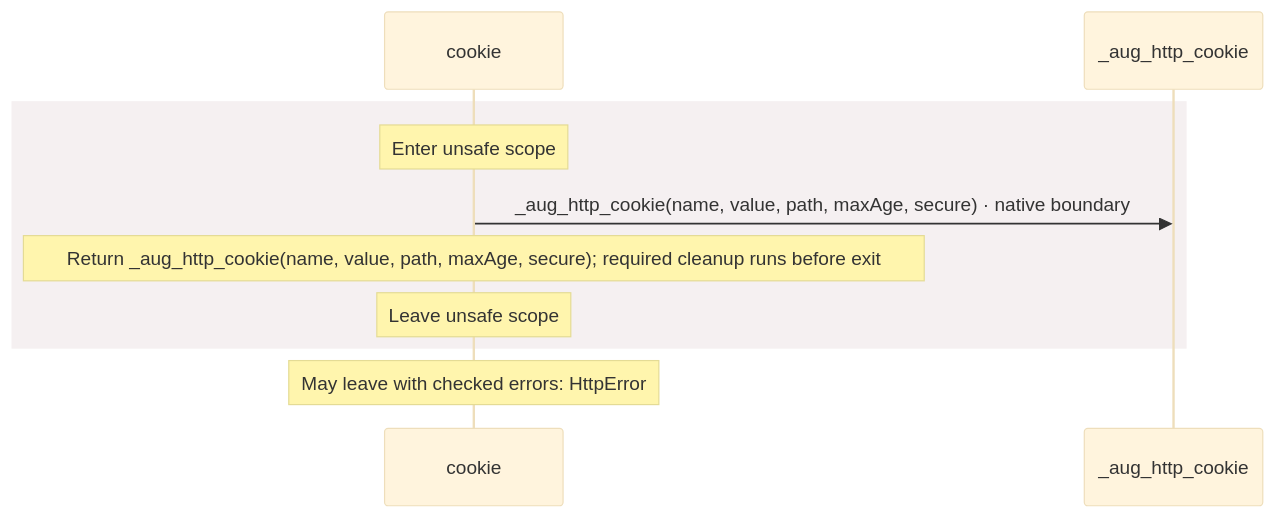
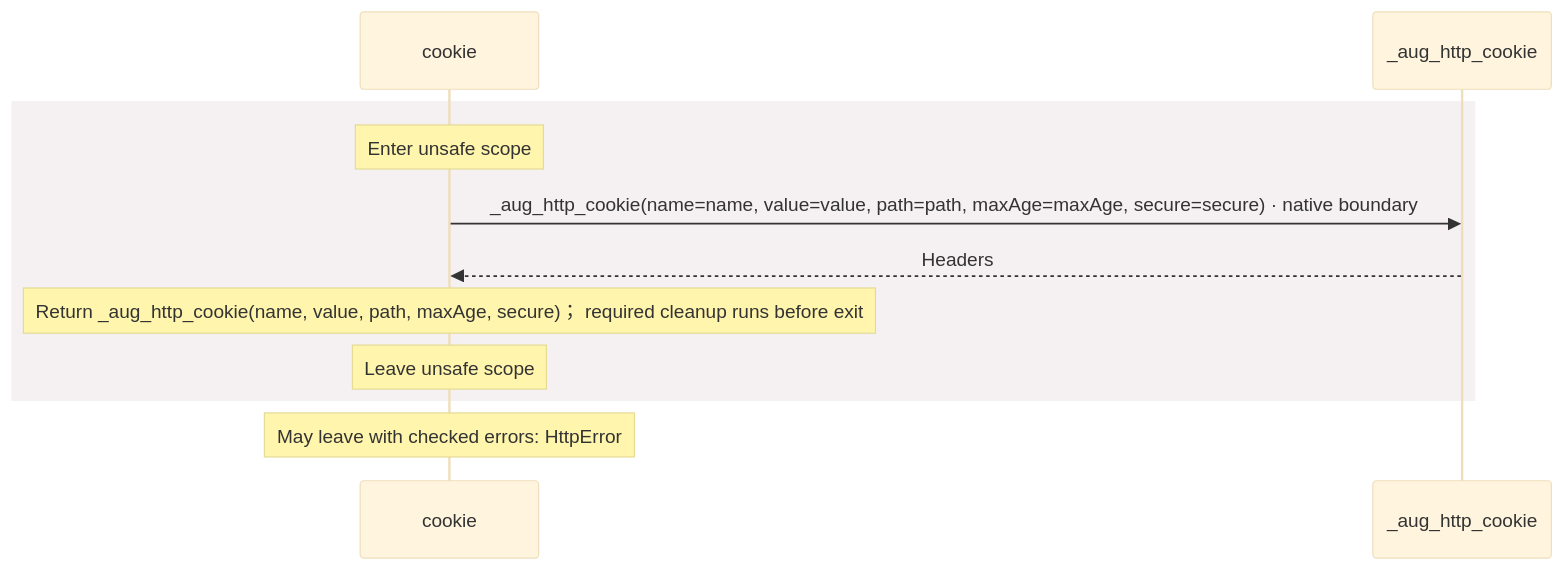
Before and after one commit to GreenPandaStudios/augscript: the seventh of 7 diagrams in docs/examples/oidc-login/dependencies/packages/@git/url_897efafd565158fc4908/0.0.0-git.a39fc582565d4fca40be4f75fa304d71adc69301/contracts-diagrams.md, drawn with Mermaid (base theme). The commit also changed other lines of this file and 524 other files, not shown here.

Commit message:
Explain checked data flow at folder and service levels

````diff
--- a/docs/examples/oidc-login/dependencies/packages/@git/url_897efafd565158fc4908/0.0.0-git.a39fc582565d4fca40be4f75fa304d71adc69301/contracts-diagrams.md
+++ b/docs/examples/oidc-login/dependencies/packages/@git/url_897efafd565158fc4908/0.0.0-git.a39fc582565d4fca40be4f75fa304d71adc69301/contracts-diagrams.md
@@ -295,12 +233,13 @@
 ```mermaid
 sequenceDiagram
     participant p0 as cookie
     participant p1 as _aug_http_cookie
     rect rgb(245, 240, 241)
     Note over p0: Enter unsafe scope
-    p0->>p1: _aug_http_cookie(name, value, path, maxAge, secure) · native boundary
-    Note over p0: Return _aug_http_cookie(name, value, path, maxAge, secure)#59; required cleanup runs before exit
+    p0->>p1: _aug_http_cookie(name=name, value=value, path=path, maxAge=maxAge, secure=secure) · native boundary
+    p1-->>p0: Headers
+    Note over p0: Return _aug_http_cookie(name, value, path, maxAge, secure)； required cleanup runs before exit
     Note over p0: Leave unsafe scope
     end
     Note over p0: May leave with checked errors: HttpError
 ```
````
